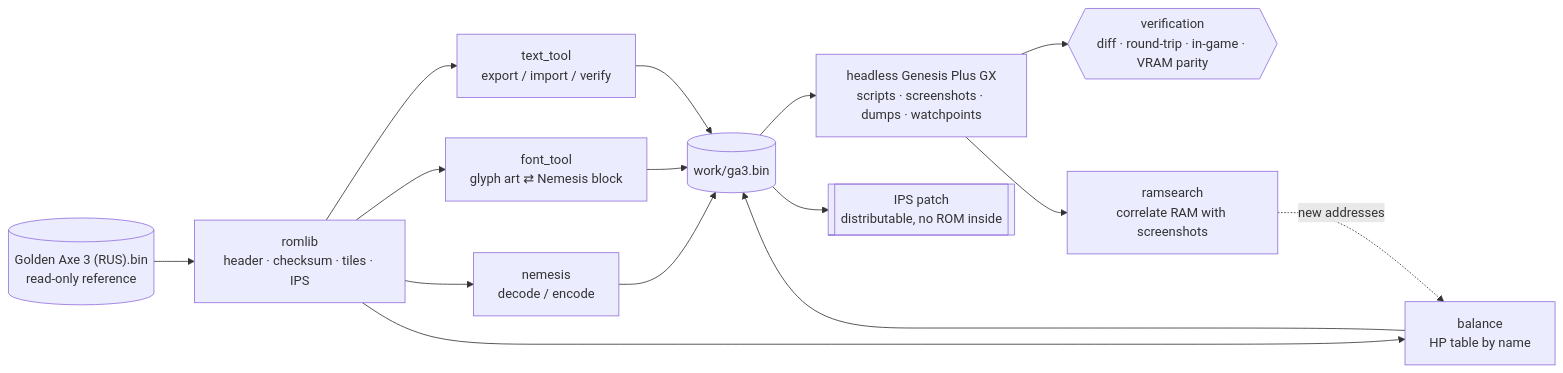
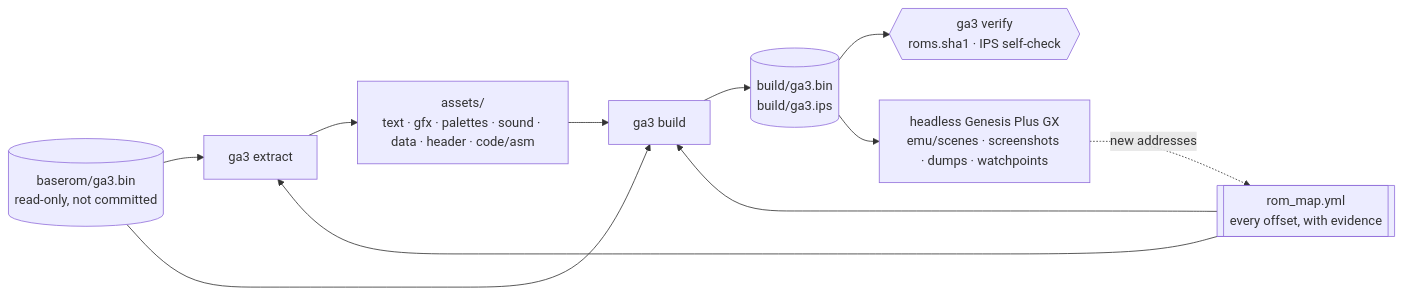
The diagram in README.md (eugenez36/golden-axe3-game-rus), drawn with Mermaid before and after one commit. The commit also changed other lines of this file and 30 other files, not shown here.

````diff
--- a/README.md
+++ b/README.md
@@ -46,14 +93,13 @@
 ```mermaid
 flowchart LR
-    ROM[("Golden Axe 3 (RUS).bin<br/>read-only reference")] --> romlib[romlib<br/>header · checksum · tiles · IPS]
-    romlib --> text[text_tool<br/>export / import / verify]
-    romlib --> font[font_tool<br/>glyph art ⇄ Nemesis block]
-    romlib --> nem[nemesis<br/>decode / encode]
-    romlib --> bal[balance<br/>HP table by name]
-    text & font & nem & bal --> work[("work/ga3.bin")]
-    work --> emu[headless Genesis Plus GX<br/>scripts · screenshots · dumps · watchpoints]
-    emu --> verify{{"verification<br/>diff · round-trip · in-game · VRAM parity"}}
-    emu --> ram[ramsearch<br/>correlate RAM with screenshots]
-    ram -. new addresses .-> bal
-    work --> ips[["IPS patch<br/>distributable, no ROM inside"]]
+    ROM[("baserom/ga3.bin<br/>read-only, not committed")] --> X[ga3 extract]
+    MAP[["rom_map.yml<br/>every offset, with evidence"]] --> X
+    MAP --> B
+    X --> A["assets/<br/>text · gfx · palettes · sound · data · header · code/asm"]
+    A --> B[ga3 build]
+    ROM --> B
+    B --> OUT[("build/ga3.bin<br/>build/ga3.ips")]
+    OUT --> V{{"ga3 verify<br/>roms.sha1 · IPS self-check"}}
+    OUT --> E["headless Genesis Plus GX<br/>emu/scenes · screenshots · dumps · watchpoints"]
+    E -. new addresses .-> MAP
 ```
````
